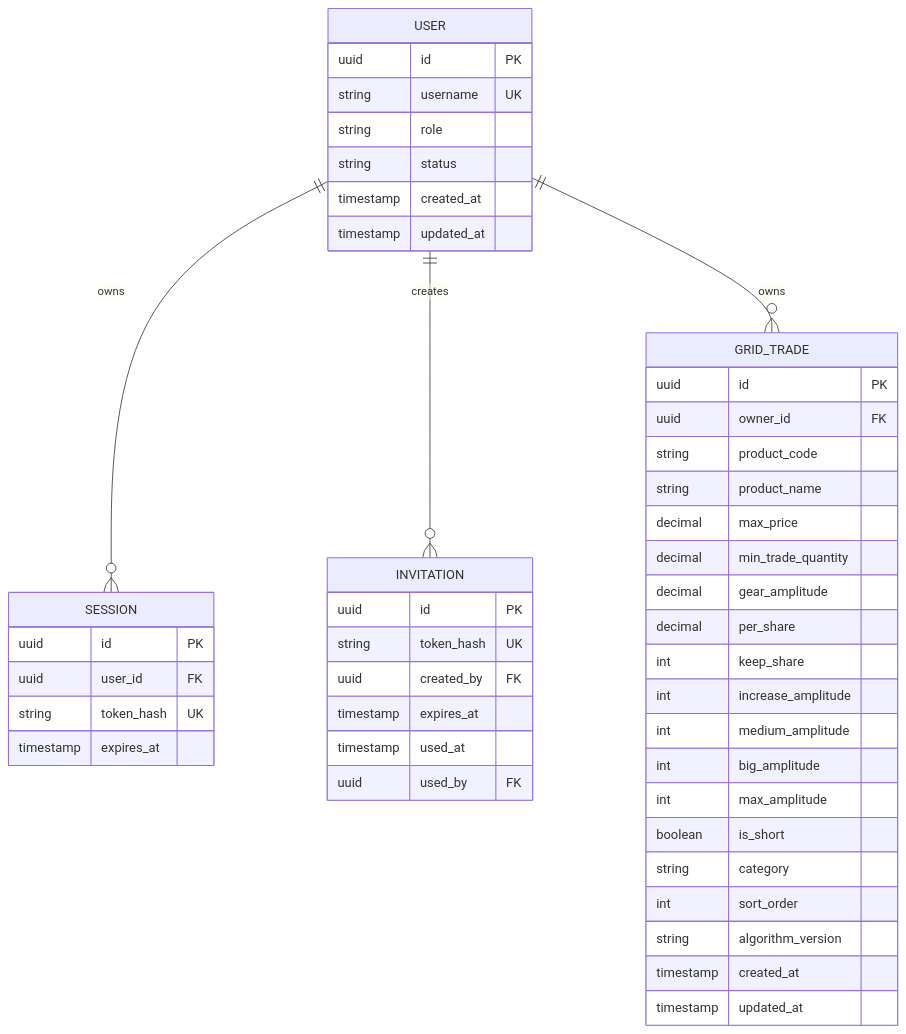
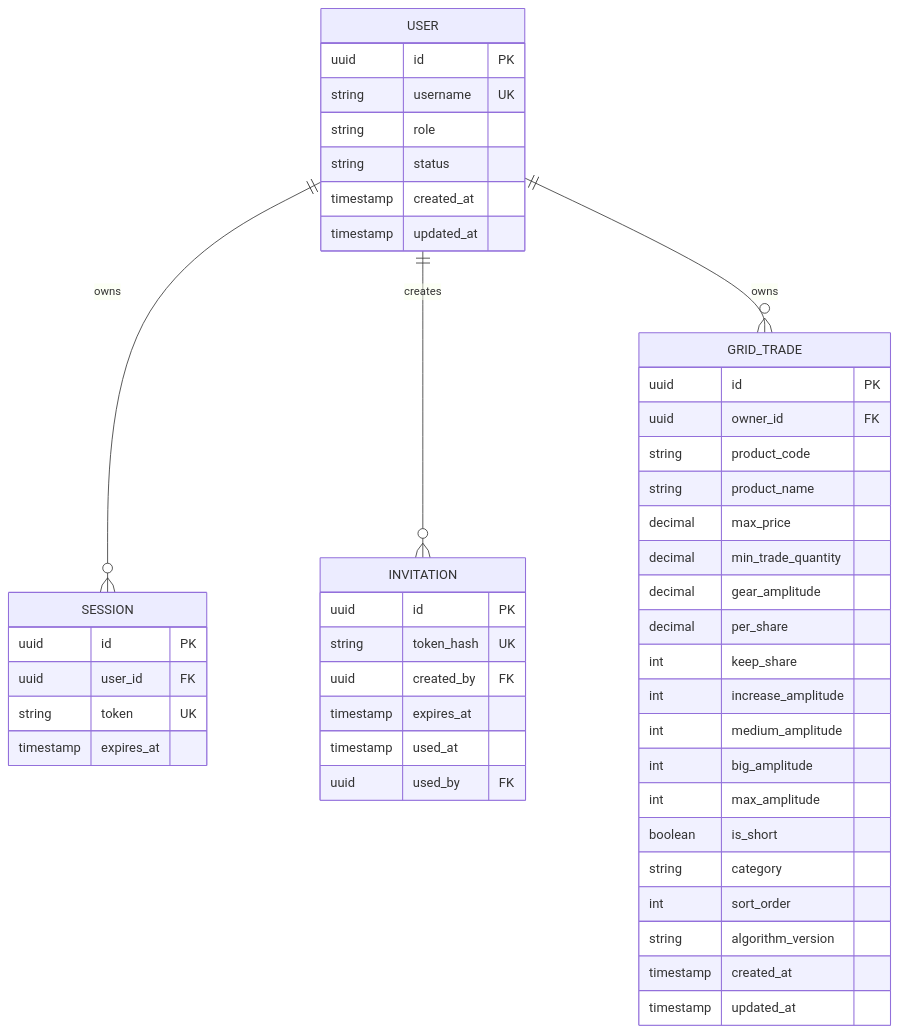
One commit to zhshy7713950/FitGridWeb changed the second of 3 diagrams in docs/fit-replication/05-web-target-architecture.md. Above: the diagram before and after it, drawn with Mermaid. The commit also changed other lines of this file and 14 other files, not shown here.

````diff
--- a/docs/fit-replication/05-web-target-architecture.md
+++ b/docs/fit-replication/05-web-target-architecture.md
@@ -105,49 +105,49 @@
 ```mermaid
 erDiagram
     USER ||--o{ SESSION : owns
     USER ||--o{ INVITATION : creates
     USER ||--o{ GRID_TRADE : owns
     USER {
       uuid id PK
       string username UK
       string role
       string status
       timestamp created_at
       timestamp updated_at
     }
     SESSION {
       uuid id PK
       uuid user_id FK
-      string token_hash UK
+      string token UK
       timestamp expires_at
     }
     INVITATION {
       uuid id PK
       string token_hash UK
       uuid created_by FK
       timestamp expires_at
       timestamp used_at
       uuid used_by FK
     }
     GRID_TRADE {
       uuid id PK
       uuid owner_id FK
       string product_code
       string product_name
       decimal max_price
       decimal min_trade_quantity
       decimal gear_amplitude
       decimal per_share
       int keep_share
       int increase_amplitude
       int medium_amplitude
       int big_amplitude
       int max_amplitude
       boolean is_short
       string category
       int sort_order
       string algorithm_version
       timestamp created_at
       timestamp updated_at
-    }
+}
 ```
````
